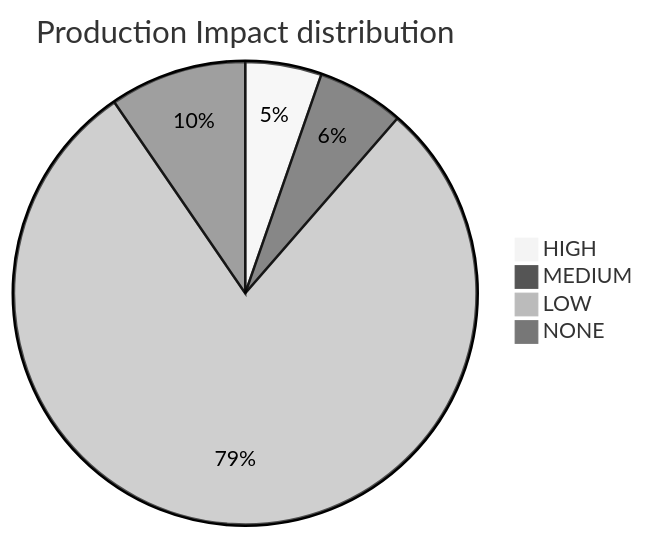
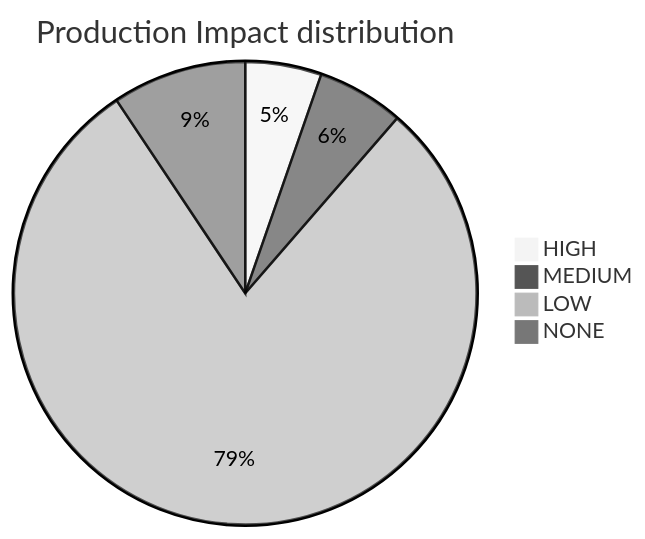
One commit to mikeybeezy/goldenpath-idp-infra changed the diagram in PLATFORM_HEALTH.md. Above: the diagram before and after it, drawn with Mermaid (neutral theme). The commit also changed other lines of this file and 1 other file, not shown here.

````diff
--- a/PLATFORM_HEALTH.md
+++ b/PLATFORM_HEALTH.md
@@ -65,7 +65,7 @@
 ```mermaid
 pie title Production Impact distribution
     "HIGH" : 29
     "MEDIUM" : 33
-    "LOW" : 430
-    "NONE" : 52
+    "LOW" : 432
+    "NONE" : 51
 ```
````
